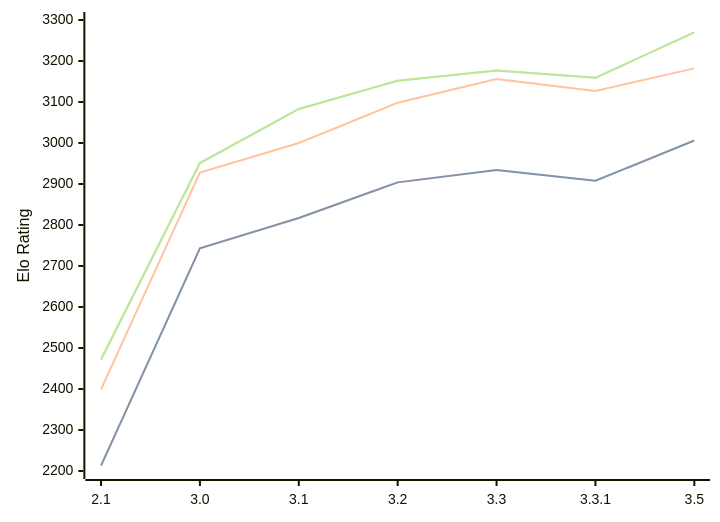
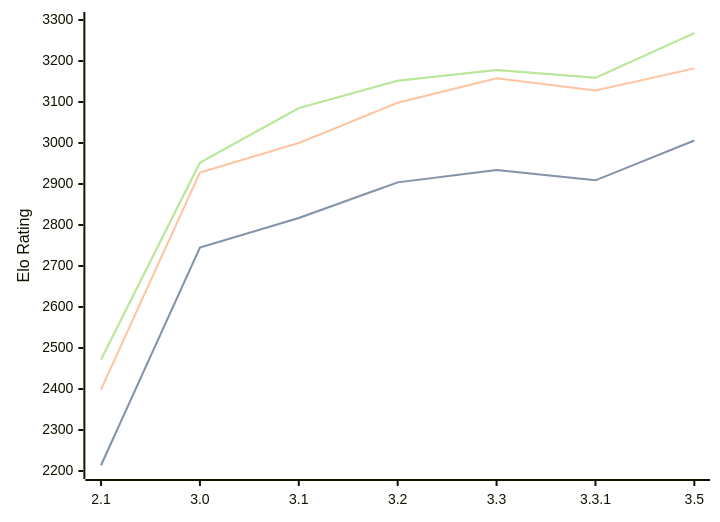
Before and after one commit to computer-chess-index/cci: the first of 3 diagrams in engines/Petrel.md, drawn with Mermaid. The commit also changed other lines of this file, not shown here.

Commit message:
Update CCI Ratings (ELO VLTC) - 2026-06-22

````diff
--- a/engines/Petrel.md
+++ b/engines/Petrel.md
@@ -46,11 +46,11 @@
 ```mermaid
 %%{init: {"theme":"base","themeVariables":{"seriesColors:['#a3a3a3','#222221','#faa371']}}}%%
 xychart-beta
   x-axis ["2.1", "3.0", "3.1", "3.2", "3.3", "3.3.1", "3.5"]
   y-axis "Elo Rating" 2200 --> 3300
-  line "STC (8.0+0.08s)" [2213, 2743, 2817, 2904, 2934, 2908, 3006]
-  line "STC (8.0+0.08s)" [2213, 2743, 2817, 2904, 2934, 2908, 3006]
-  line "LTC (60.0+0.60s)" [2399, 2928, 3000, 3098, 3156, 3127, 3182]
-  line "VLTC (2m24s+1.12s)" [2472, 2951, 3083, 3152, 3177, 3159, 3270]
-  line "VLTC (2m24s+1.12s)" [2472, 2951, 3083, 3152, 3177, 3159, 3270]
+  line "STC (8.0+0.08s)" [2214, 2745, 2817, 2904, 2934, 2909, 3006]
+  line "STC (8.0+0.08s)" [2214, 2745, 2817, 2904, 2934, 2909, 3006]
+  line "LTC (60.0+0.60s)" [2399, 2928, 3000, 3098, 3158, 3128, 3182]
+  line "VLTC (2m24s+1.12s)" [2472, 2952, 3085, 3152, 3178, 3159, 3268]
+  line "VLTC (2m24s+1.12s)" [2472, 2952, 3085, 3152, 3178, 3159, 3268]
 ```
````
